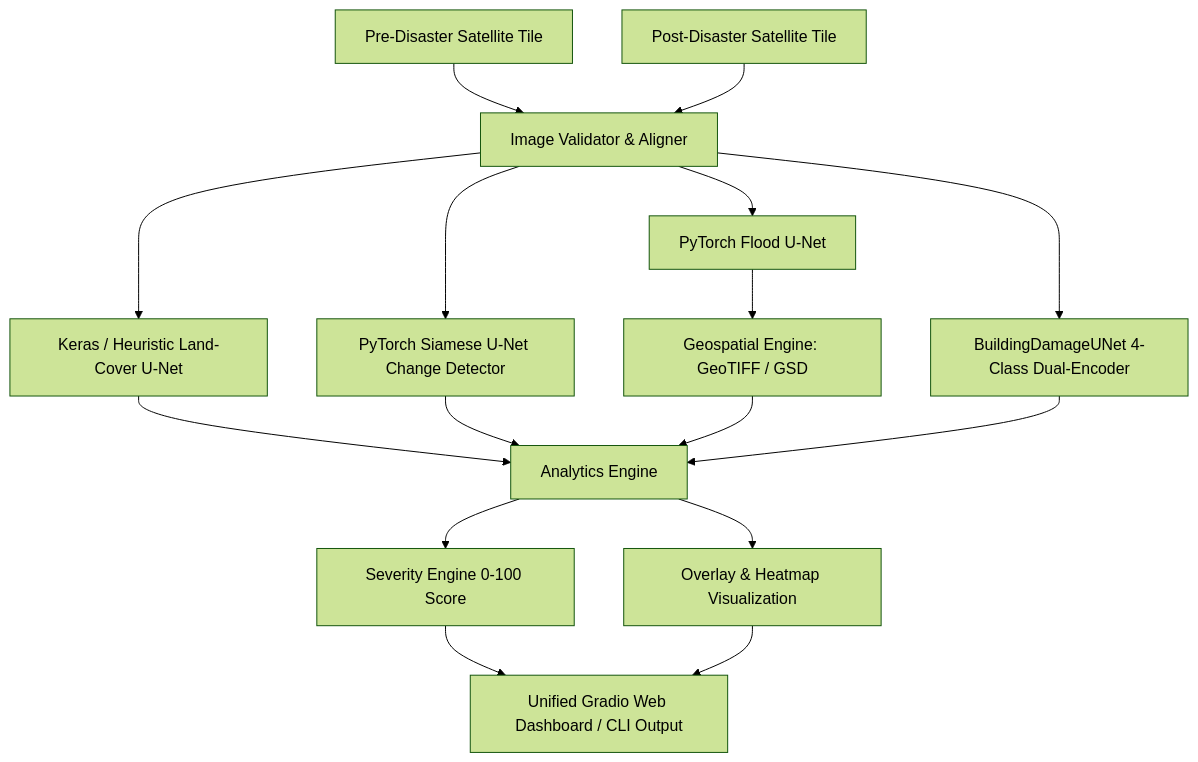
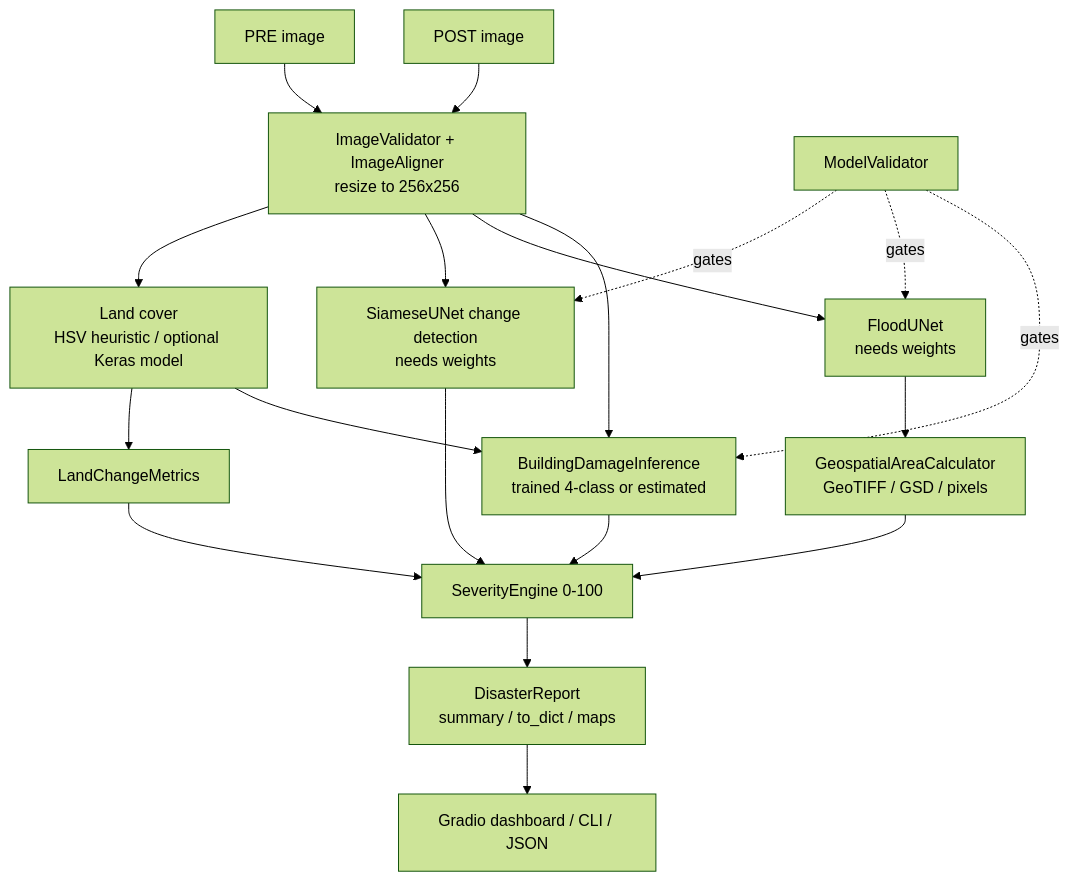
Before and after one commit to ShibilAhamed701212/Satellite-Disaster-Assessment: the diagram in README.md, drawn with Mermaid (forest theme). The commit also changed other lines of this file and 73 other files, not shown here.

First line of the commit message:
Fix flood area scaling, GeoTIFF upload and dry-run checkpoints; add CI and accurate README (#1)

````diff
--- a/README.md
+++ b/README.md
@@ -34,22 +38,21 @@
 ```mermaid
 graph TD
-    A[Pre-Disaster Satellite Tile] --> V[Image Validator & Aligner]
-    B[Post-Disaster Satellite Tile] --> V
-    
-    V --> S1[Keras / Heuristic Land-Cover U-Net]
-    V --> S2[PyTorch Siamese U-Net Change Detector]
-    V --> S3[PyTorch Flood U-Net]
-    V --> S4[BuildingDamageUNet 4-Class Dual-Encoder]
-    
-    S1 --> AN[Analytics Engine]
-    S2 --> AN
-    S3 --> G[Geospatial Engine: GeoTIFF / GSD]
-    G --> AN
-    S4 --> AN
-    
-    AN --> SE[Severity Engine 0-100 Score]
-    AN --> VR[Overlay & Heatmap Visualization]
-    
-    SE --> UI[Unified Gradio Web Dashboard / CLI Output]
-    VR --> UI
+    A[PRE image] --> V[ImageValidator + ImageAligner<br/>resize to 256x256]
+    B[POST image] --> V
+    V --> LC[Land cover<br/>HSV heuristic / optional Keras model]
+    V --> CD[SiameseUNet change detection<br/>needs weights]
+    V --> FD[FloodUNet<br/>needs weights]
+    V --> BD[BuildingDamageInference<br/>trained 4-class or estimated]
+    MV[ModelValidator] -.gates.-> CD
+    MV -.gates.-> FD
+    MV -.gates.-> BD
+    FD --> GA[GeospatialAreaCalculator<br/>GeoTIFF / GSD / pixels]
+    LC --> LM[LandChangeMetrics]
+    LC --> BD
+    CD --> SE[SeverityEngine 0-100]
+    GA --> SE
+    BD --> SE
+    LM --> SE
+    SE --> R[DisasterReport<br/>summary / to_dict / maps]
+    R --> UI[Gradio dashboard / CLI / JSON]
 ```
````
